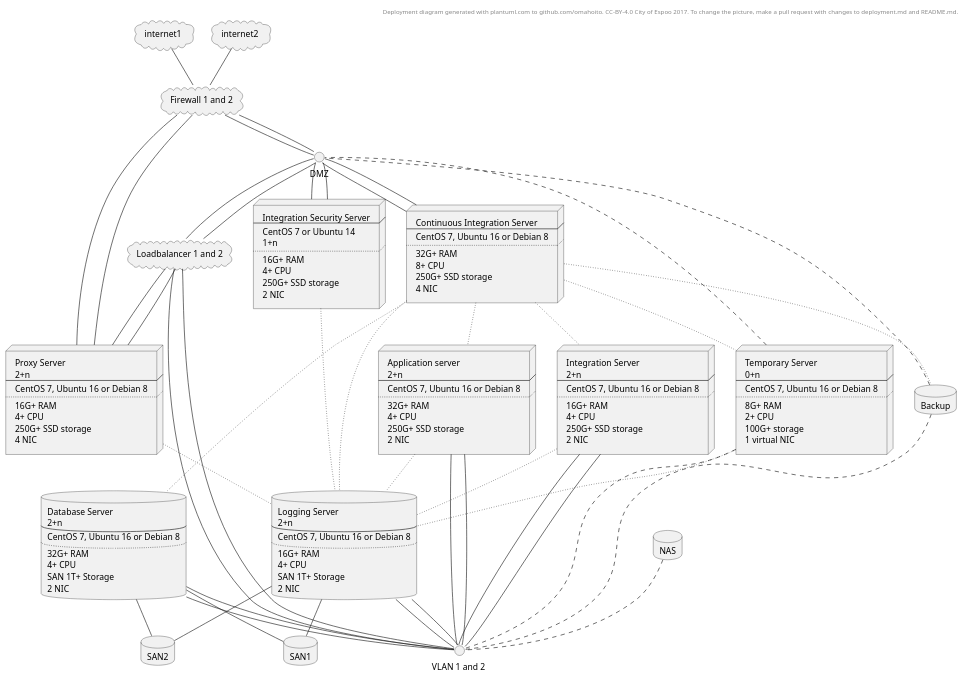
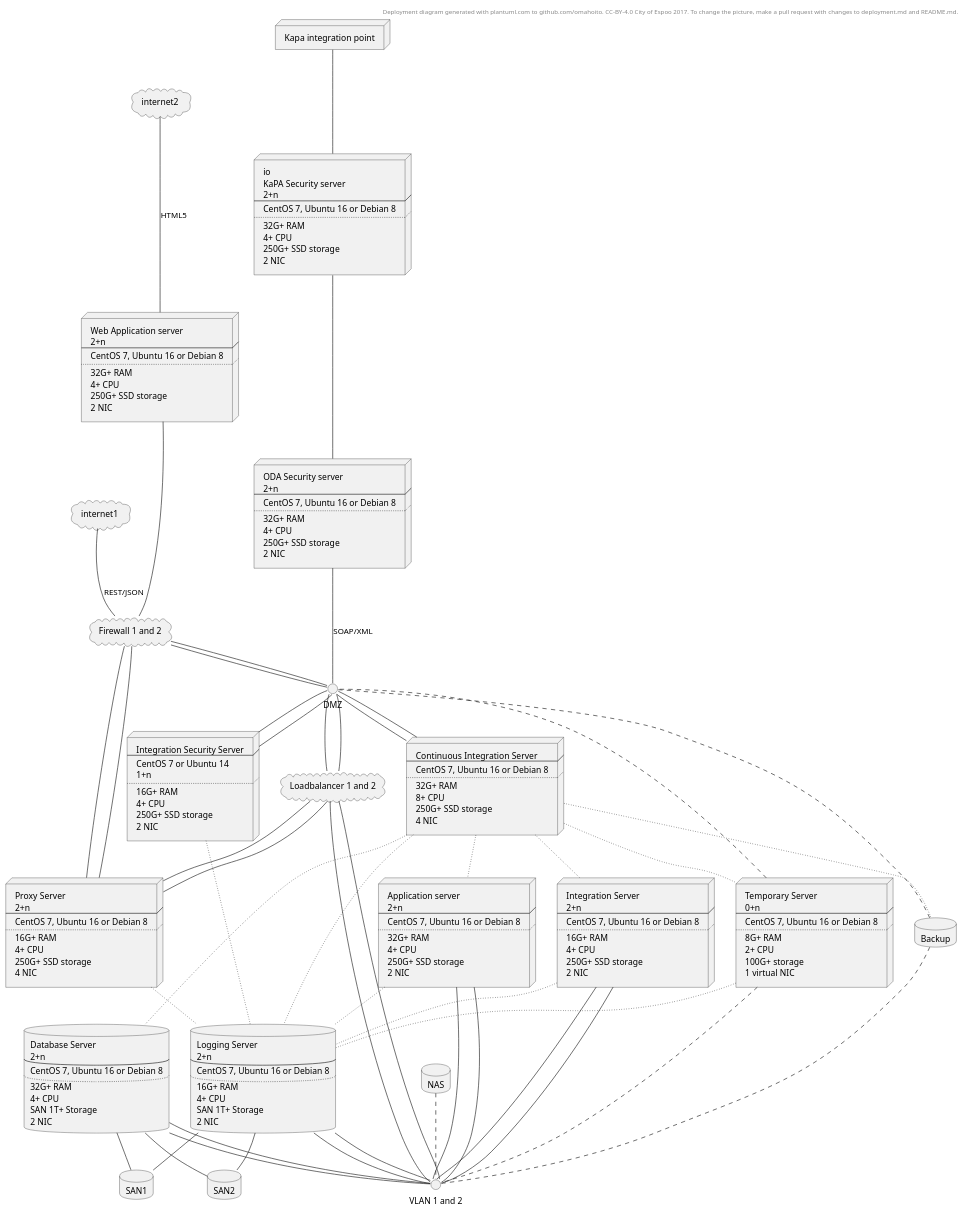
Before and after one commit to omahoito/oda-kapa: the diagram in deployment.plantuml, drawn with PlantUML.

Commit message:
Added KaPA facing servers and web server

```diff
--- a/deployment.plantuml
+++ b/deployment.plantuml
@@ -5,18 +5,70 @@
 
 cloud internet1
 cloud internet2
-cloud firewall [ 
+cloud firewall [
 Firewall 1 and 2
 ]
 interface DMZ
-cloud loadbalancer1 [ 
+cloud loadbalancer1 [
 Loadbalancer 1 and 2
 ]
 interface VLAN1 [
-VLAN 1 and 2 
+VLAN 1 and 2
 ]
+
+
+
+node security1 [
+ODA Security server
+2+n
+----
+CentOS 7, Ubuntu 16 or Debian 8
+....
+32G+ RAM
+4+ CPU
+250G+ SSD storage
+2 NIC
+]
+
+node security2 [io
+KaPA Security server
+2+n
+----
+CentOS 7, Ubuntu 16 or Debian 8
+....
+32G+ RAM
+4+ CPU
+250G+ SSD storage
+2 NIC
+]
+
+node odakapaint [
+Kapa integration point
+]
+
+node front[
+Web Application server
+2+n
+----
+CentOS 7, Ubuntu 16 or Debian 8
+....
+32G+ RAM
+4+ CPU
+250G+ SSD storage
+2 NIC
+]
+
+
+DMZ -up-- security1 : SOAP/XML
+security1 -up-- security2
+security2 -up-- odakapaint
+firewall -up--front
+front -up--internet2 : HTML5
+
+
+
 node nodeas1 [
-Application server 
+Application server
 2+n
 ----
 CentOS 7, Ubuntu 16 or Debian 8
@@ -27,7 +79,7 @@
 2 NIC
 ]
 database database1 [
-Database Server 
+Database Server
 2+n
 ----
 CentOS 7, Ubuntu 16 or Debian 8
@@ -38,7 +90,7 @@
 2 NIC
 ]
 database logging1 [
-Logging Server 
+Logging Server
 2+n
 ----
 CentOS 7, Ubuntu 16 or Debian 8
@@ -92,7 +144,7 @@
 4 NIC
 ]
 node nodevm [
-Temporary Server 
+Temporary Server
 0+n
 ----
 CentOS 7, Ubuntu 16 or Debian 8
@@ -107,13 +159,15 @@
 database SAN2
 database Backup
 
-internet1 -- firewall
-internet2 -- firewall
-firewall -- DMZ 
-firewall -- DMZ 
+internet1 -- firewall : REST/JSON
+' internet2 -- firewall
+firewall -- DMZ
+firewall -- DMZ
 
-DMZ -- loadbalancer1 
-DMZ -- loadbalancer1 
+
+
+DMZ -- loadbalancer1
+DMZ -- loadbalancer1
 
 
 DMZ -- nodeci
```
